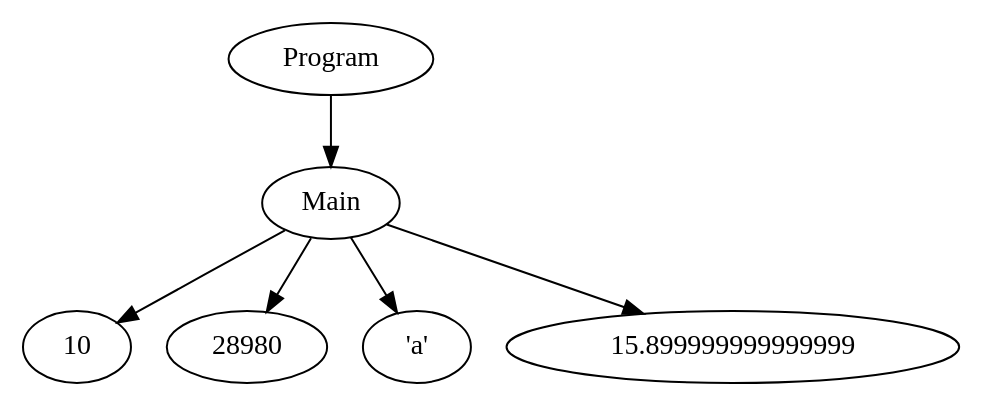
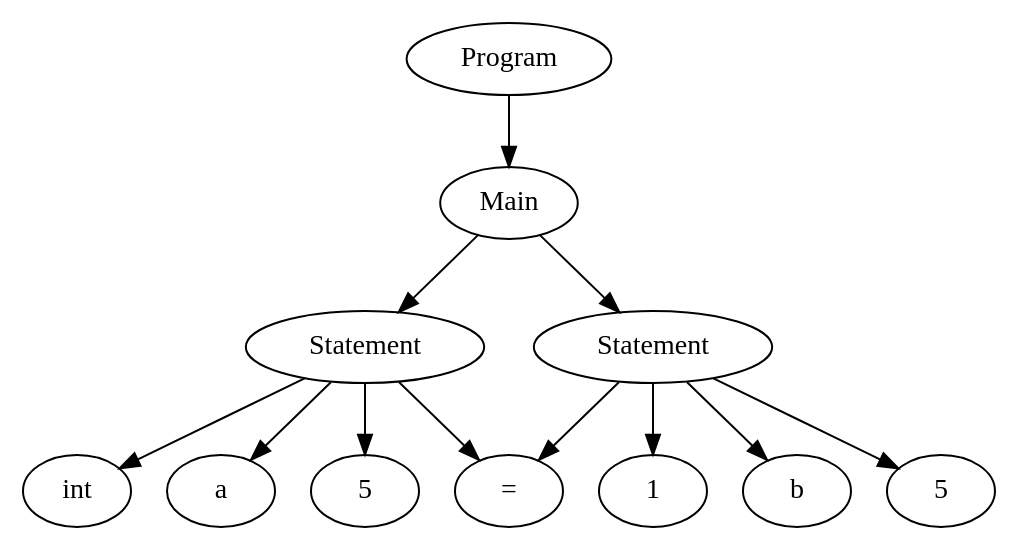
One commit to CedricDeVijt/CompilersProject changed the diagram in src/parser/output.dot. Above: the diagram before and after it, drawn with Graphviz. The commit also changed 4 other files, not shown here.

```diff
--- a/src/parser/output.dot
+++ b/src/parser/output.dot
@@ -1,13 +1,23 @@
 digraph AST {
-"140367441415184" [label="Program"];
-"140367441415184" -> "140367441417968";
-"140367441417968" [label="Main"];
-"140367441417968" -> "140367441415472";
-"140367441415472" [label="10"];
-"140367441417968" -> "140367441419552";
-"140367441419552" [label="28980"];
-"140367441417968" -> "140367441416000";
-"140367441416000" [label="'a'"];
-"140367441417968" -> "140367441414800";
-"140367441414800" [label="15.899999999999999"];
+"139655344025760" [label="Program"];
+"139655344025760" -> "139655344028256";
+"139655344028256" [label="Main"];
+"139655344028256" -> "139655344026144";
+"139655344026144" [label="Statement"];
+"139655344026144" -> "139655344026288";
+"139655344026288" [label="int"];
+"139655344026144" -> "139655344028016";
+"139655344028016" [label="a"];
+"139655344026144" -> "=";
+"139655344026144" -> "139655344027248";
+"139655344027248" [label="5"];
+"139655344028256" -> "139655344026816";
+"139655344026816" [label="Statement"];
+"139655344026816" -> "139655344028064";
+"139655344028064" [label="1"];
+"139655344026816" -> "139655344028112";
+"139655344028112" [label="b"];
+"139655344026816" -> "=";
+"139655344026816" -> "139655344027296";
+"139655344027296" [label="5"];
 }
```
